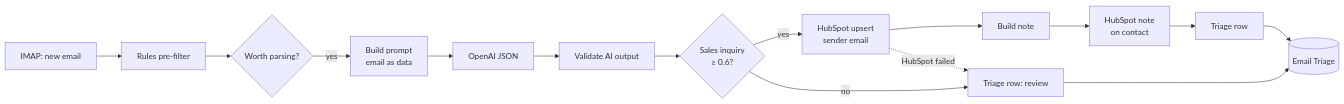
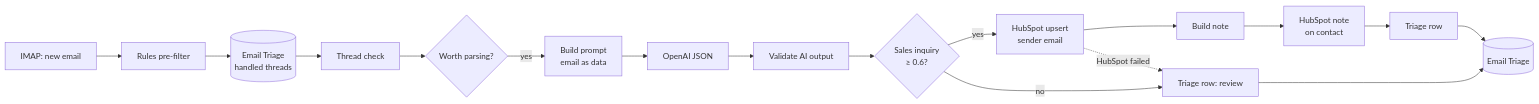
Before and after one commit to KelvinTrinhSG/n8n-form-crm-automations: the diagram in projects/08-inbox-ai-to-crm/README.md, drawn with Mermaid. The commit also changed other lines of this file and 15 other files, not shown here.

First line of the commit message:
08 live run: thread check from Email Triage, keep replies to our campaigns, live header shape

````diff
--- a/projects/08-inbox-ai-to-crm/README.md
+++ b/projects/08-inbox-ai-to-crm/README.md
@@ -42,11 +71,11 @@
 ```mermaid
 flowchart LR
-  A[IMAP: new email] --> B[Rules pre-filter] --> C{Worth parsing?}
+  A[IMAP: new email] --> B[Rules pre-filter] --> T[(Email Triage<br/>handled threads)] --> TC[Thread check] --> C{Worth parsing?}
   C -- yes --> D[Build prompt<br/>email as data] --> E[OpenAI JSON] --> F[Validate AI output]
   F --> G{Sales inquiry<br/>≥ 0.6?}
   G -- yes --> H[HubSpot upsert<br/>sender email] --> I[Build note] --> J[HubSpot note<br/>on contact] --> K[Triage row]
   G -- no --> L[Triage row: review]
   H -. HubSpot failed .-> L
   K --> M[(Email Triage)]
   L --> M
 ```
````
